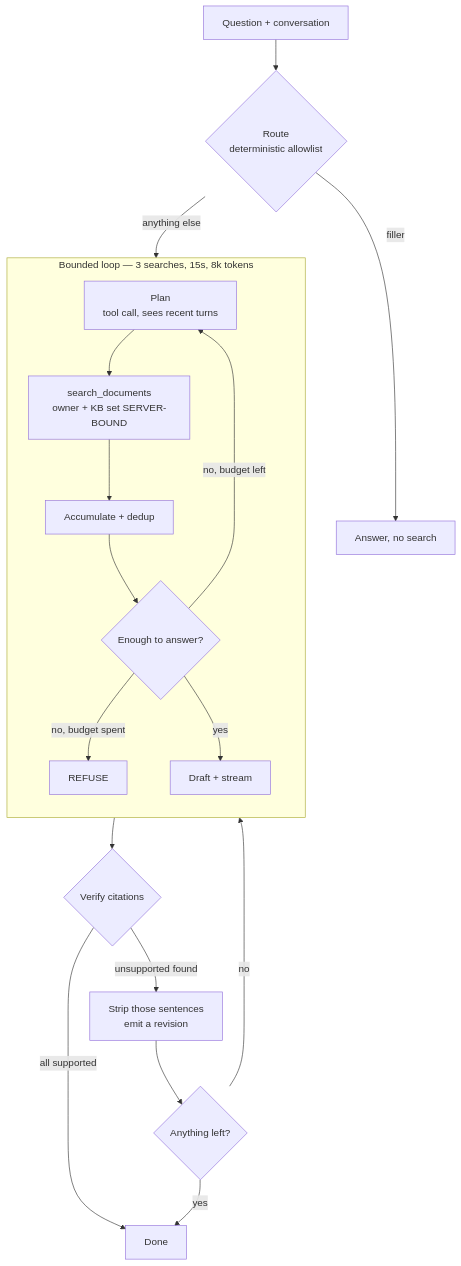
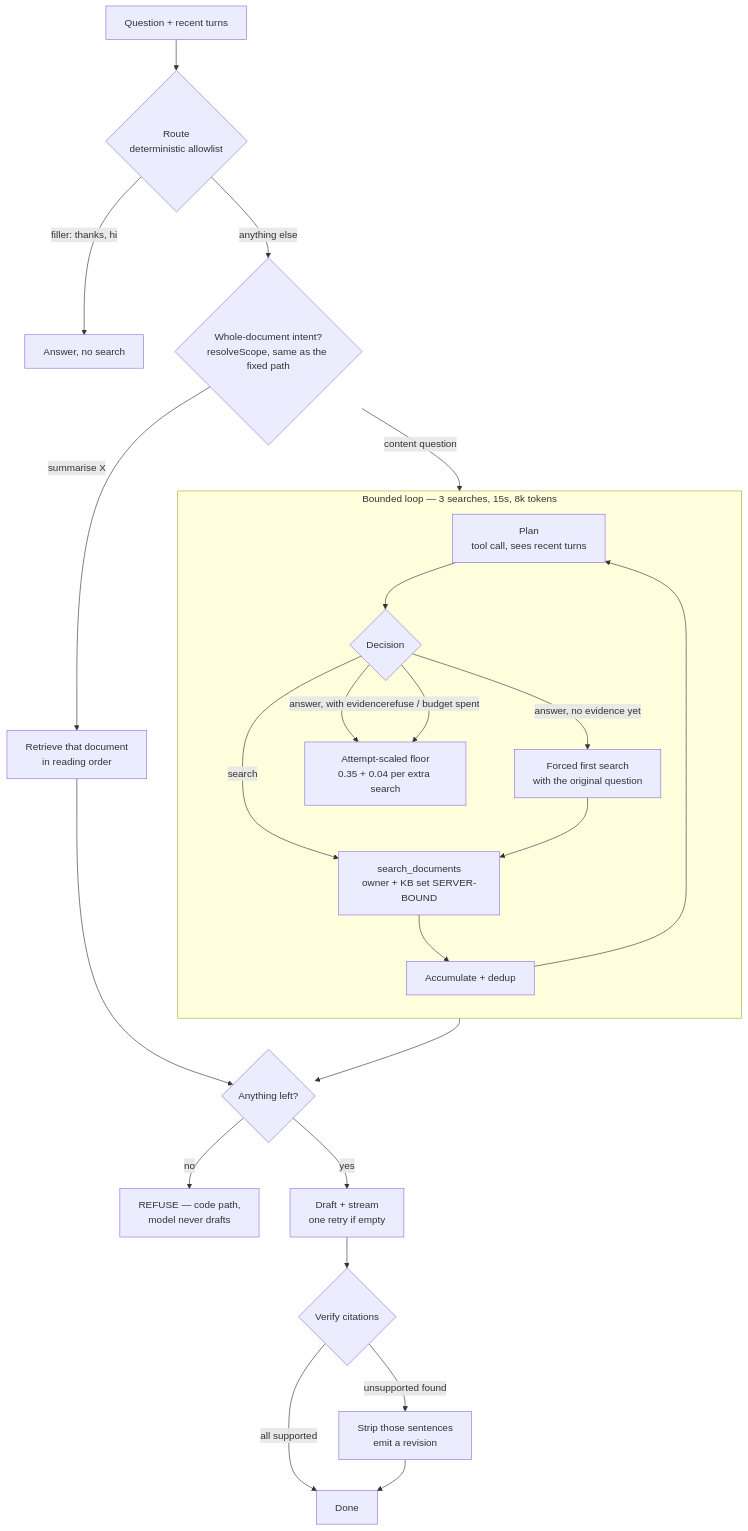
Before and after one commit to devdaviddr/nextjs-rag-boilerplate: the seventh of 7 diagrams in docs/rag.md, drawn with Mermaid. The commit also changed other lines of this file and 7 other files, not shown here.

````diff
--- a/docs/rag.md
+++ b/docs/rag.md
@@ -659,23 +798,29 @@
 ```mermaid
 flowchart TB
-    Q["Question + conversation"] --> RT{"Route<br>deterministic allowlist"}
-    RT -->|"filler"| ANS["Answer, no search"]
-    RT -->|"anything else"| LOOP
+    Q["Question + recent turns"] --> RT{"Route<br>deterministic allowlist"}
+    RT -->|"filler: thanks, hi"| ANS["Answer, no search"]
+    RT -->|"anything else"| SC{"Whole-document intent?<br>resolveScope, same as the fixed path"}
+    SC -->|"summarise X"| WD["Retrieve that document<br>in reading order"]
+    SC -->|"content question"| LOOP
 
     subgraph LOOP["Bounded loop — 3 searches, 15s, 8k tokens"]
         direction TB
-        PL["Plan<br>tool call, sees recent turns"] --> SR["search_documents<br>owner + KB set SERVER-BOUND"]
+        PL["Plan<br>tool call, sees recent turns"] --> D{"Decision"}
+        D -->|"search"| SR["search_documents<br>owner + KB set SERVER-BOUND"]
+        D -->|"answer, no evidence yet"| FORCE["Forced first search<br>with the original question"]
+        FORCE --> SR
         SR --> ACC["Accumulate + dedup"]
-        ACC --> EN{"Enough to answer?"}
-        EN -->|"no, budget left"| PL
-        EN -->|"no, budget spent"| REF["REFUSE"]
-        EN -->|yes| DRAFT
+        ACC --> PL
+        D -->|"answer, with evidence"| OUT
+        D -->|"refuse / budget spent"| OUT
     end
 
-    DRAFT["Draft + stream"] --> VER{"Verify citations"}
+    OUT["Attempt-scaled floor<br>0.35 + 0.04 per extra search"] --> GATE{"Anything left?"}
+    WD --> GATE
+    GATE -->|no| REF["REFUSE — code path,<br>model never drafts"]
+    GATE -->|yes| DRAFT["Draft + stream<br>one retry if empty"]
+    DRAFT --> VER{"Verify citations"}
     VER -->|"unsupported found"| STRIP["Strip those sentences<br>emit a revision"]
     VER -->|"all supported"| DONE["Done"]
-    STRIP --> CHK{"Anything left?"}
-    CHK -->|no| REF
-    CHK -->|yes| DONE
+    STRIP --> DONE
 ```
````
